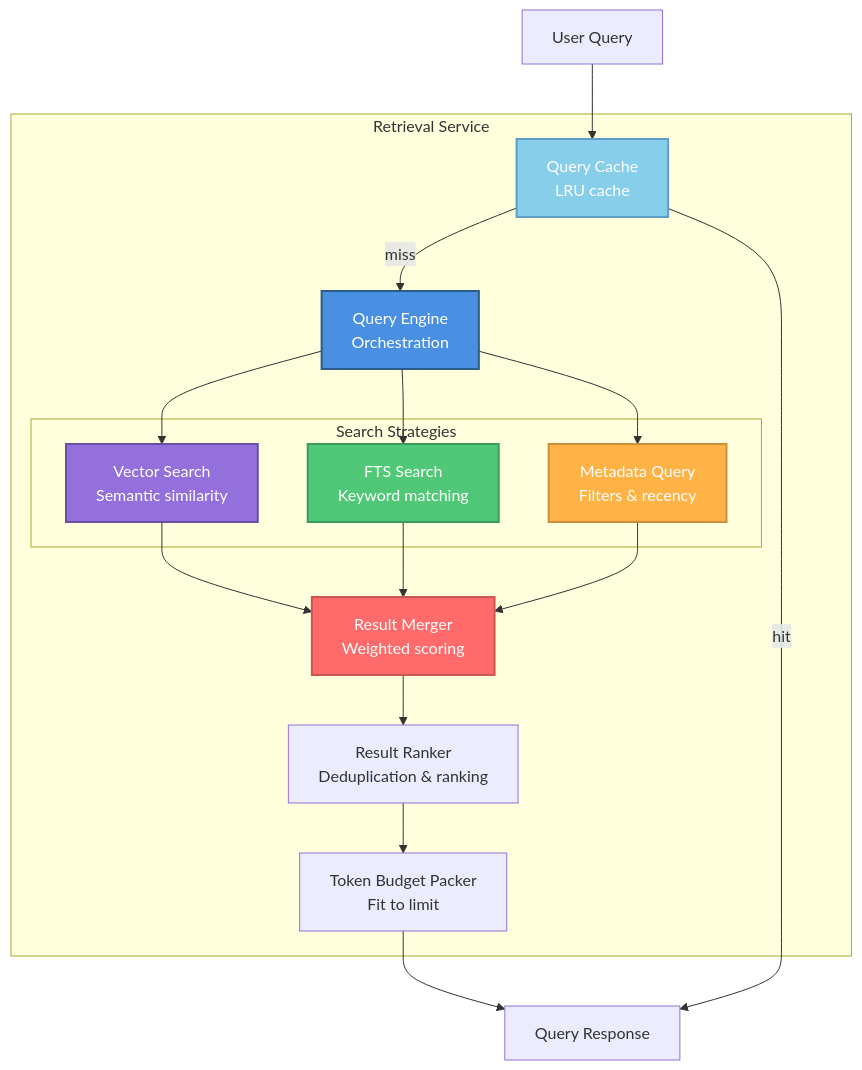
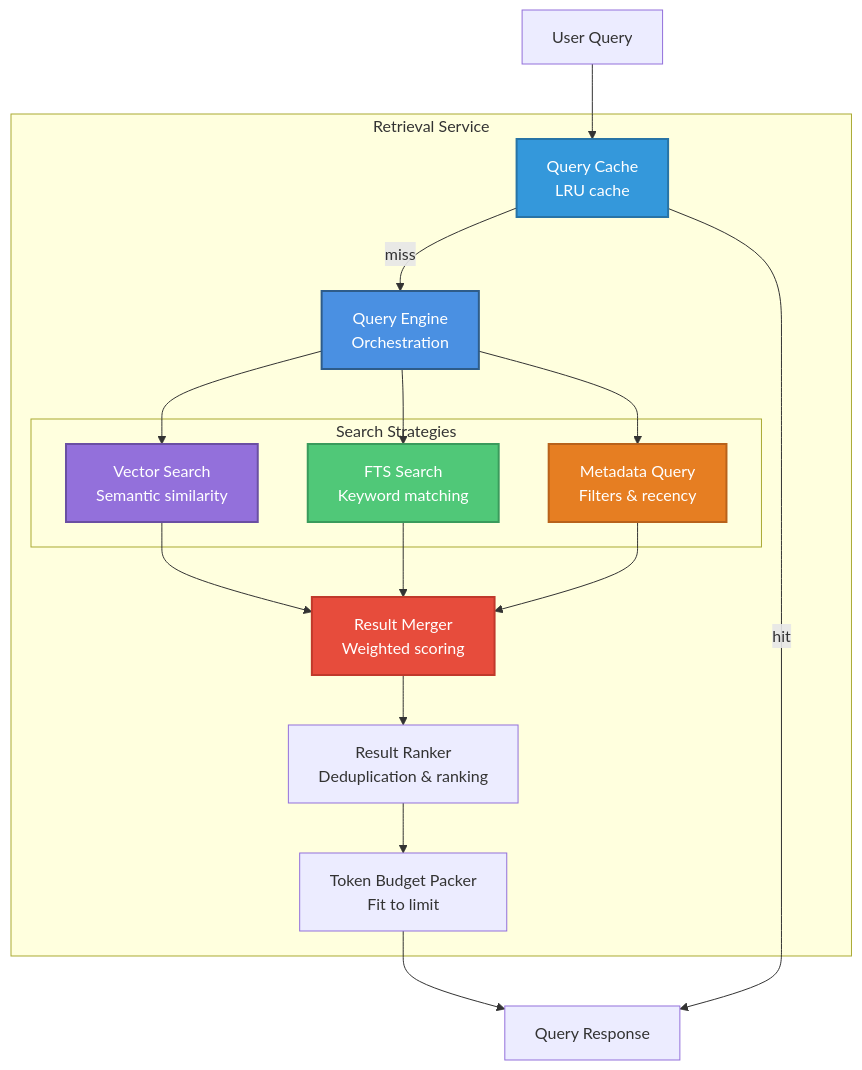
One commit to matthewxfz3/mneme changed the fourth of 11 diagrams in docs/diagrams/c4-architecture.md. Above: the diagram before and after it, drawn with Mermaid. The commit also changed other lines of this file, not shown here.

First line of the commit message:
Improve diagram color contrast for accessibility

````diff
--- a/docs/diagrams/c4-architecture.md
+++ b/docs/diagrams/c4-architecture.md
@@ -187,36 +187,36 @@
 ```mermaid
 graph TB
     subgraph "Retrieval Service"
         ENGINE[Query Engine<br/>Orchestration]
 
         subgraph "Search Strategies"
             VECTOR[Vector Search<br/>Semantic similarity]
             FTS[FTS Search<br/>Keyword matching]
             META[Metadata Query<br/>Filters & recency]
         end
 
         MERGER[Result Merger<br/>Weighted scoring]
         RANKER[Result Ranker<br/>Deduplication & ranking]
         PACKER[Token Budget Packer<br/>Fit to limit]
         CACHE[Query Cache<br/>LRU cache]
     end
 
     QUERY[User Query] --> CACHE
     CACHE -->|miss| ENGINE
 
     ENGINE --> VECTOR & FTS & META
 
     VECTOR & FTS & META --> MERGER
     MERGER --> RANKER
     RANKER --> PACKER
     PACKER --> RESPONSE[Query Response]
 
     CACHE -->|hit| RESPONSE
 
     style ENGINE fill:#4A90E2,stroke:#2E5C8A,stroke-width:2px,color:#fff
     style VECTOR fill:#9370DB,stroke:#6A4FA3,stroke-width:2px,color:#fff
     style FTS fill:#50C878,stroke:#3A9B5C,stroke-width:2px,color:#fff
-    style META fill:#FFB347,stroke:#CC8F39,stroke-width:2px,color:#fff
-    style MERGER fill:#FF6B6B,stroke:#CC5555,stroke-width:2px,color:#fff
-    style CACHE fill:#87CEEB,stroke:#5F9DC7,stroke-width:2px,color:#fff
+    style META fill:#E67E22,stroke:#B8621B,stroke-width:2px,color:#fff
+    style MERGER fill:#E74C3C,stroke:#C0392B,stroke-width:2px,color:#fff
+    style CACHE fill:#3498DB,stroke:#2874A6,stroke-width:2px,color:#fff
 ```
````
